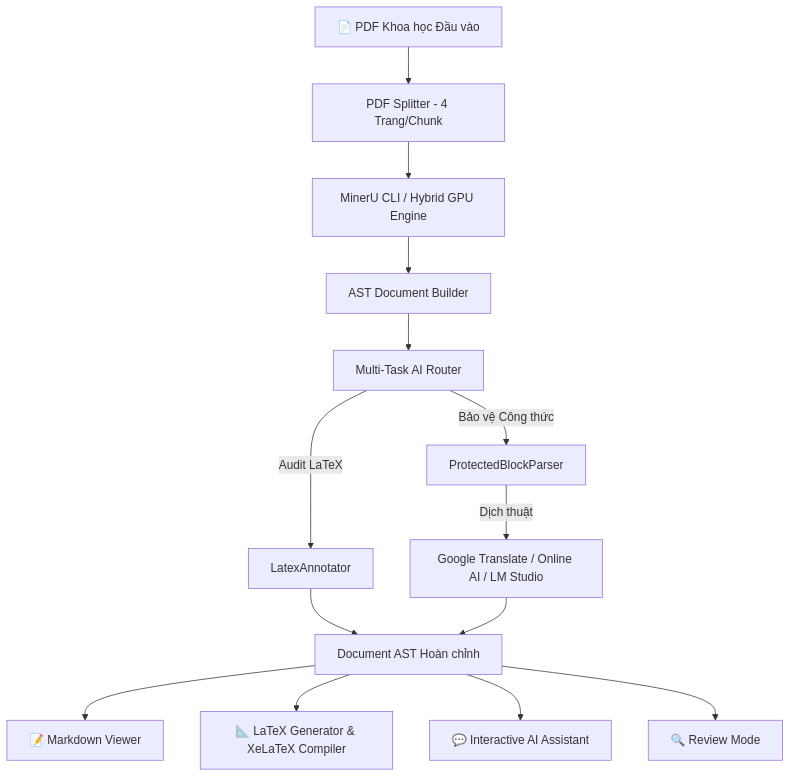
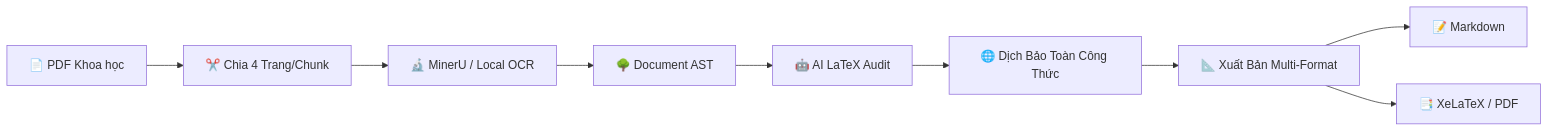
One commit to Stufusic/SciDocOCR changed the diagram in README.md. Above: the diagram before and after it, drawn with Mermaid. The commit also changed other lines of this file, not shown here.

````diff
--- a/README.md
+++ b/README.md
@@ -90,19 +140,11 @@
 ```mermaid
-graph TD
-    A[📄 PDF Khoa học Đầu vào] --> B[PDF Splitter - 4 Trang/Chunk]
-    B --> C[MinerU CLI / Hybrid GPU Engine]
-    C --> D[AST Document Builder]
-    D --> E[Multi-Task AI Router]
-    
-    E -->|Audit LaTeX| F[LatexAnnotator]
-    E -->|Bảo vệ Công thức| G[ProtectedBlockParser]
-    G -->|Dịch thuật| H[Google Translate / Online AI / LM Studio]
-    
-    F --> I[Document AST Hoàn chỉnh]
-    H --> I
-    
-    I --> J[📝 Markdown Viewer]
-    I --> K[📐 LaTeX Generator & XeLaTeX Compiler]
-    I --> L[💬 Interactive AI Assistant]
-    I --> M[🔍 Review Mode]
+flowchart LR
+    PDF["📄 PDF Khoa học"] --> SPLIT["✂️ Chia 4 Trang/Chunk"]
+    SPLIT --> OCR["🔬 MinerU / Local OCR"]
+    OCR --> AST["🌳 Document AST"]
+    AST --> AUDIT["🤖 AI LaTeX Audit"]
+    AUDIT --> TRANS["🌐 Dịch Bảo Toàn Công Thức"]
+    TRANS --> PUB["📐 Xuất Bản Multi-Format"]
+    PUB --> OUT1["📝 Markdown"]
+    PUB --> OUT2["📑 XeLaTeX / PDF"]
 ```
````
